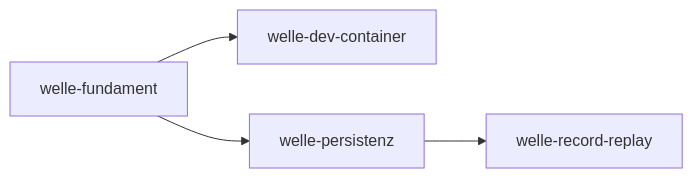
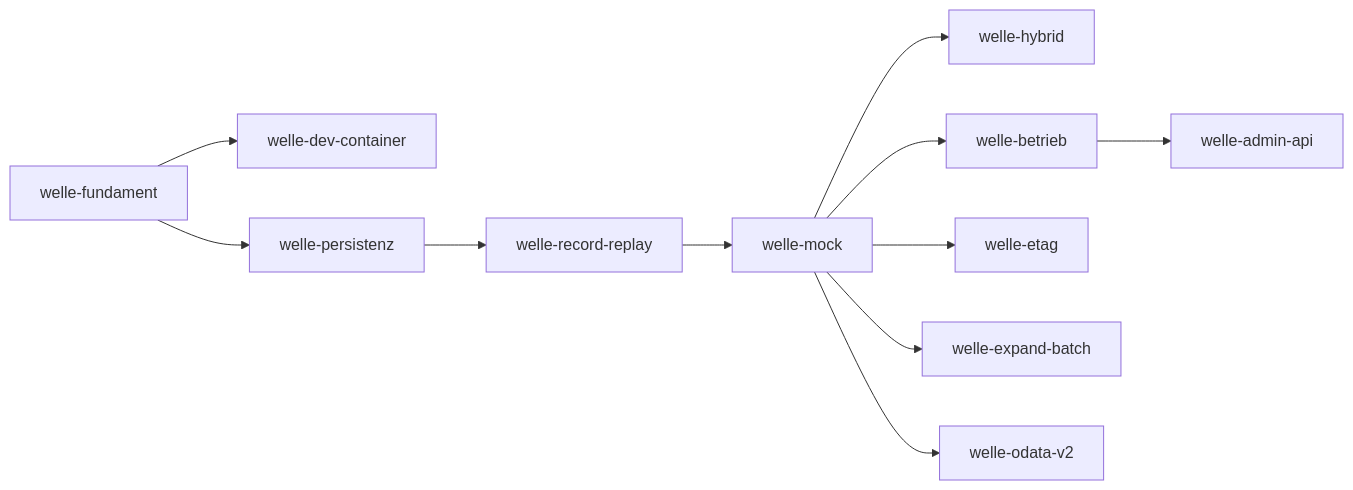
Before and after one commit to pt9912/odata-recorder: the diagram in docs/plan/planning/in-progress/roadmap.md, drawn with Mermaid. The commit also changed other lines of this file and 19 other files, not shown here.

First line of the commit message:
Planner: Produktwellen mock, hybrid, betrieb, admin-api, etag, expand-batch, odata-v2 angelegt, Roadmap und Abgleich Lastenheft gegen Wellen (LH-FA-06, LH-FA-07, LH-FA-08, LH-FA-10, LH-FA-12, LH-FA-13, LH-FA-15, LH-FA-16, LH-FA-17, LH-QA-01, LH-RB-02)

````diff
--- a/docs/plan/planning/in-progress/roadmap.md
+++ b/docs/plan/planning/in-progress/roadmap.md
@@ -58,11 +70,25 @@
 ```mermaid
 flowchart LR
     F[welle-fundament]
     D[welle-dev-container]
     P[welle-persistenz]
     R[welle-record-replay]
+    M[welle-mock]
+    H[welle-hybrid]
+    B[welle-betrieb]
+    A[welle-admin-api]
+    E[welle-etag]
+    X[welle-expand-batch]
+    V[welle-odata-v2]
 
     F --> D
     F --> P
     P --> R
+    R --> M
+    M --> H
+    M --> B
+    B --> A
+    M --> E
+    M --> X
+    M --> V
 ```
````
